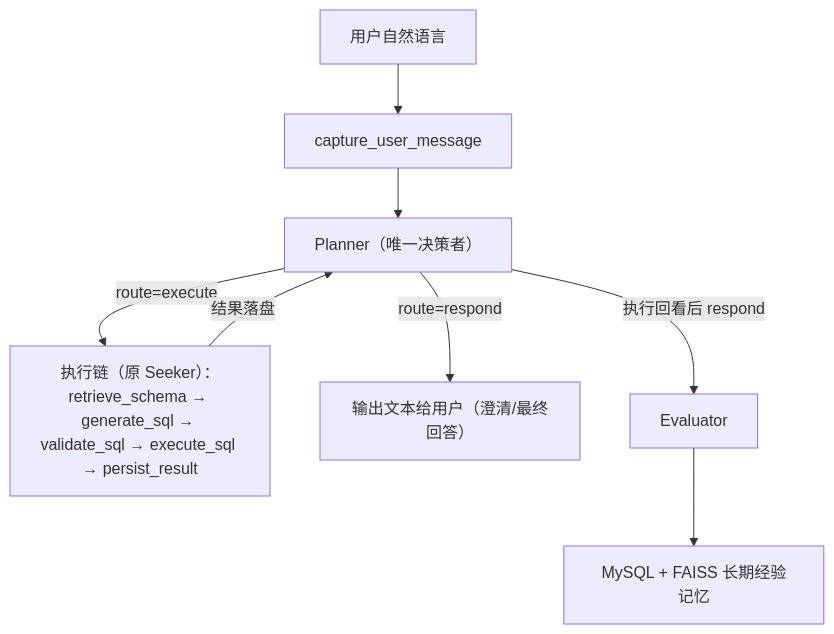
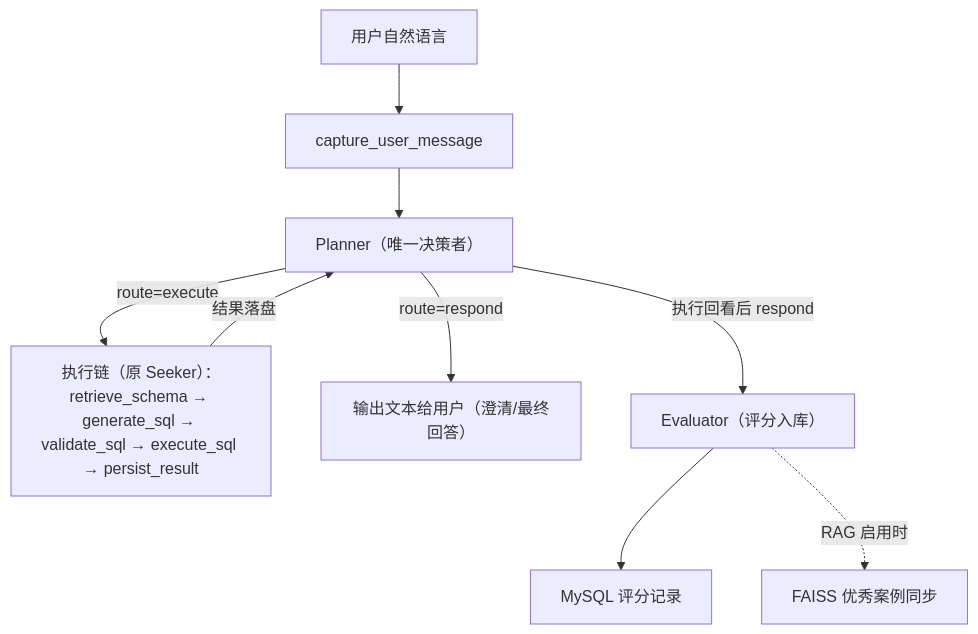
Before and after one commit to 18336621007/warehouseAgent: the diagram in docs/README.md, drawn with Mermaid. The commit also changed other lines of this file and 8 other files, not shown here.

````diff
--- a/docs/README.md
+++ b/docs/README.md
@@ -92,10 +96,11 @@
 ```mermaid
 flowchart TD
     U["用户自然语言"] --> C["capture_user_message"]
     C --> P["Planner（唯一决策者）"]
     P -->|route=execute| S["执行链（原 Seeker）：retrieve_schema → generate_sql → validate_sql → execute_sql → persist_result"]
     S -->|结果落盘| P
     P -->|route=respond| R["输出文本给用户（澄清/最终回答）"]
-    P -->|执行回看后 respond| E["Evaluator"]
-    E --> L["MySQL + FAISS 长期经验记忆"]
+    P -->|执行回看后 respond| E["Evaluator（评分入库）"]
+    E --> L["MySQL 评分记录"]
+    E -. RAG 启用时 .-> F["FAISS 优秀案例同步"]
 ```
````
